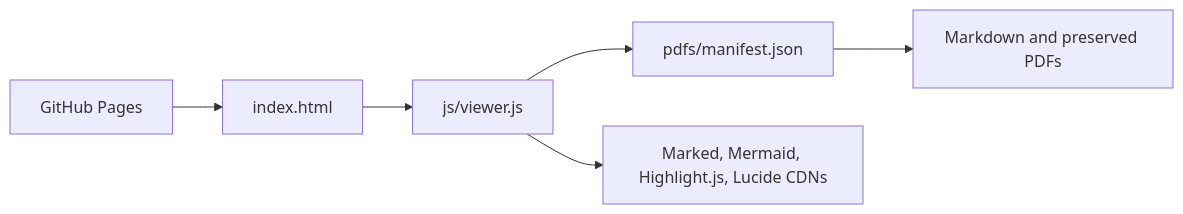
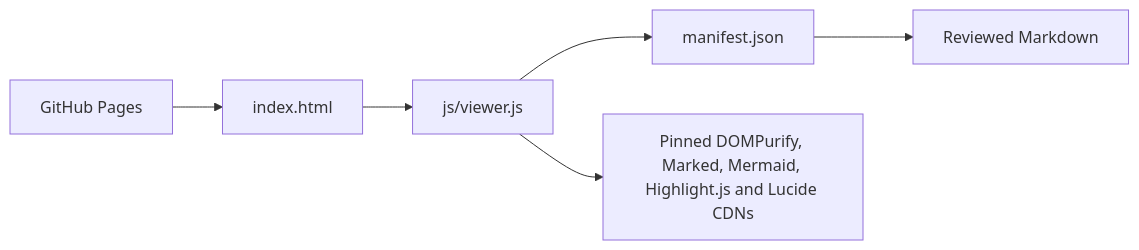
The second of 2 diagrams in docs/Architecture/tech-stack/architecture-overview.md (nayan-m15/SDP-Project-Documentation), drawn with Mermaid before and after one commit. The commit also changed other lines of this file and 55 other files, not shown here.

````diff
--- a/docs/Architecture/tech-stack/architecture-overview.md
+++ b/docs/Architecture/tech-stack/architecture-overview.md
@@ -54,8 +54,8 @@
 ```mermaid
 flowchart LR
   P[GitHub Pages] --> I[index.html]
   I --> J[js/viewer.js]
-  J --> M[pdfs/manifest.json]
-  M --> D[Markdown and preserved PDFs]
-  J --> C[Marked, Mermaid, Highlight.js, Lucide CDNs]
+  J --> M[manifest.json]
+  M --> D[Reviewed Markdown]
+  J --> C[Pinned DOMPurify, Marked, Mermaid, Highlight.js and Lucide CDNs]
 ```
````
